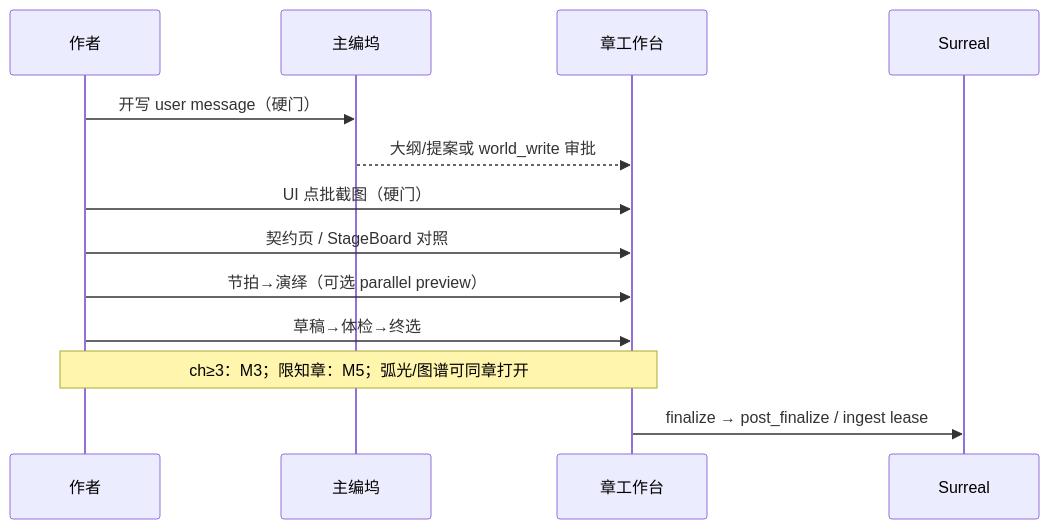
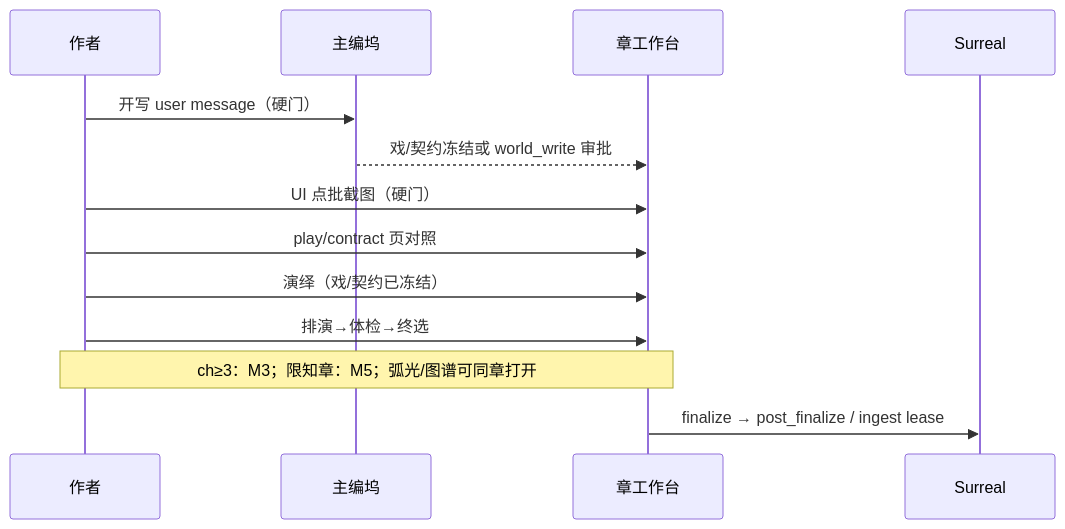
The second of 2 diagrams in docs/e2e-director-journey-v634-true-chat-full-capability.md (liuwenpinghaher-commits/scribe-writing-system), drawn with Mermaid before and after one commit. The commit also changed other lines of this file and 4 other files, not shown here.

````diff
--- a/docs/e2e-director-journey-v634-true-chat-full-capability.md
+++ b/docs/e2e-director-journey-v634-true-chat-full-capability.md
@@ -433,16 +433,16 @@
 ```mermaid
 sequenceDiagram
   participant A as 作者
   participant C as 主编坞
   participant W as 章工作台
   participant DB as Surreal
 
   A->>C: 开写 user message（硬门）
-  C-->>W: 大纲/提案或 world_write 审批
+  C-->>W: 戏/契约冻结或 world_write 审批
   A->>W: UI 点批截图（硬门）
-  A->>W: 契约页 / StageBoard 对照
-  A->>W: 节拍→演绎（可选 parallel preview）
-  A->>W: 草稿→体检→终选
+  A->>W: play/contract 页对照
+  A->>W: 演绎（戏/契约已冻结）
+  A->>W: 排演→体检→终选
   Note over A,W: ch≥3：M3；限知章：M5；弧光/图谱可同章打开
   W->>DB: finalize → post_finalize / ingest lease
 ```
````
